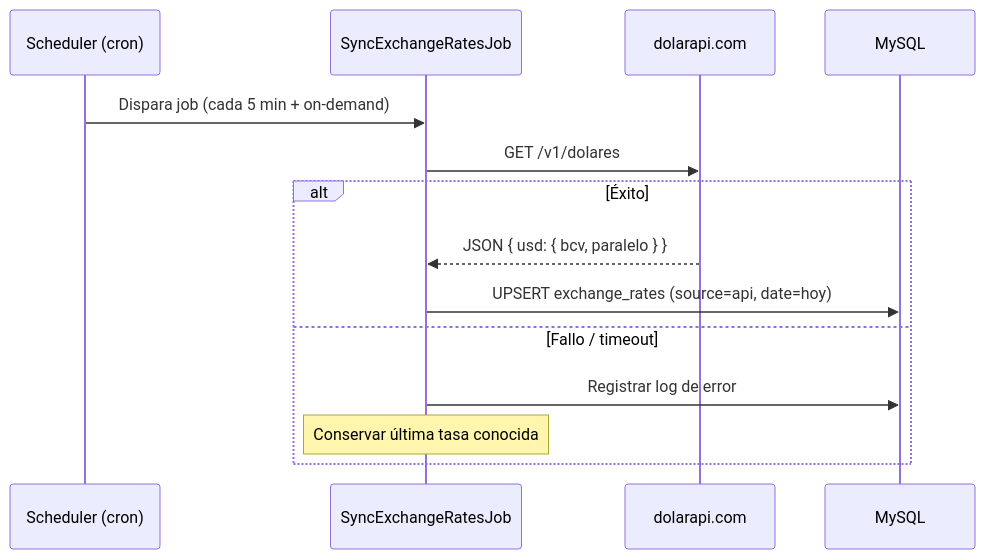
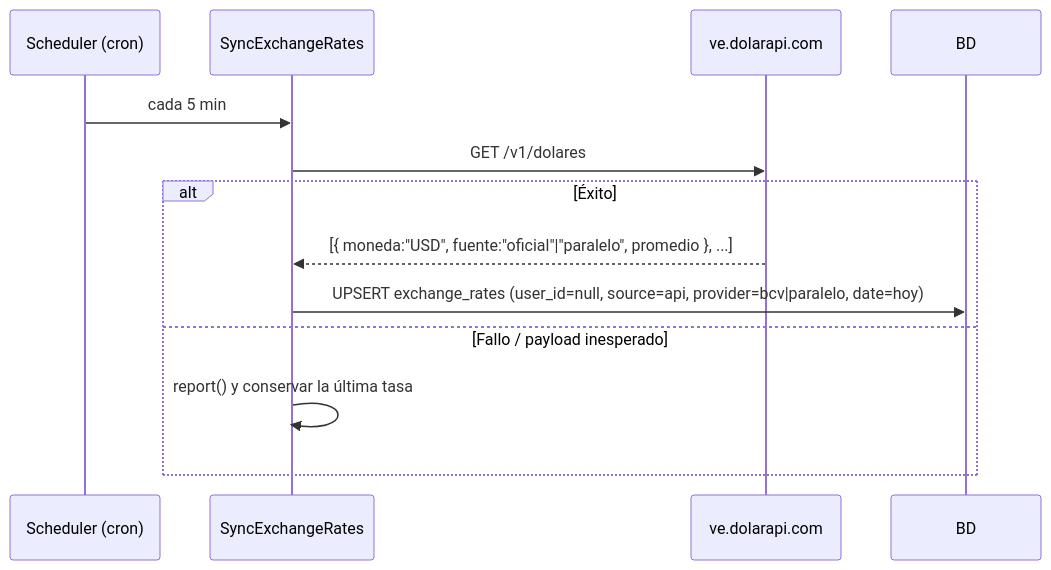
One commit to SuricatoAviones/spentz-trackr changed the second of 2 diagrams in docs/04-arquitectura.md. Above: the diagram before and after it, drawn with Mermaid. The commit also changed other lines of this file and 12 other files, not shown here.

````diff
--- a/docs/04-arquitectura.md
+++ b/docs/04-arquitectura.md
@@ -67,17 +93,16 @@
 ```mermaid
 sequenceDiagram
-    participant S as Scheduler (cron)
-    participant T as SyncExchangeRatesJob
-    participant A as dolarapi.com
-    participant DB as MySQL
+    participant Sch as Scheduler (cron)
+    participant J as SyncExchangeRates
+    participant API as ve.dolarapi.com
+    participant DB as BD
 
-    S->>T: Dispara job (cada 5 min + on-demand)
-    T->>A: GET /v1/dolares
+    Sch->>J: cada 5 min
+    J->>API: GET /v1/dolares
     alt Éxito
-        A-->>T: JSON { usd: { bcv, paralelo } }
-        T->>DB: UPSERT exchange_rates (source=api, date=hoy)
-    else Fallo / timeout
-        T->>DB: Registrar log de error
-        Note over T: Conservar última tasa conocida
+        API-->>J: [{ moneda:"USD", fuente:"oficial"|"paralelo", promedio }, ...]
+        J->>DB: UPSERT exchange_rates (user_id=null, source=api, provider=bcv|paralelo, date=hoy)
+    else Fallo / payload inesperado
+        J->>J: report() y conservar la última tasa
     end
 ```
````
